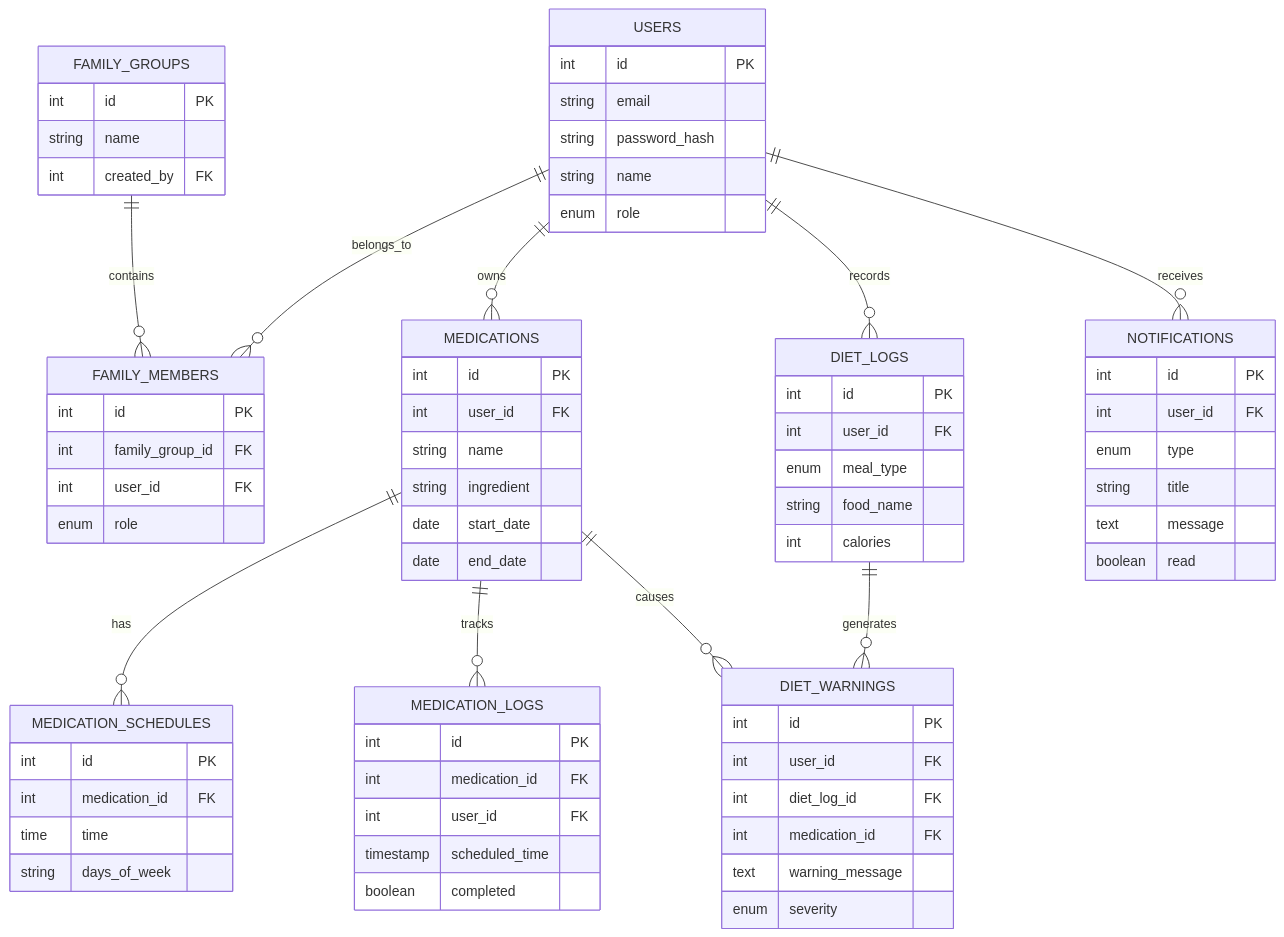
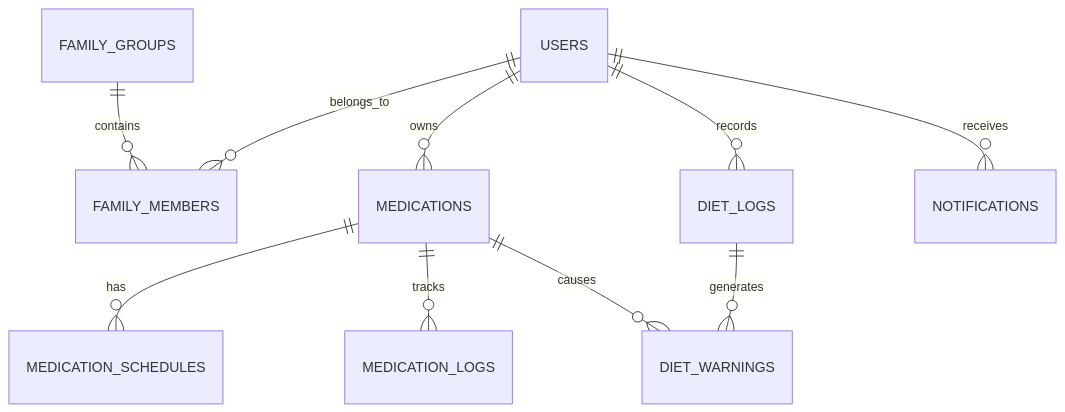
The seventh of 9 diagrams in ARCHITECTURE.md (KOSA2025-FINAL-PROJECT-TEAM3/Front), drawn with Mermaid before and after one commit. The commit also changed other lines of this file and 9 other files, not shown here.

First line of the commit message:
fix: Split Mermaid diagrams into separate files

````diff
--- a/ARCHITECTURE.md
+++ b/ARCHITECTURE.md
@@ -280,75 +366,4 @@
     DIET_LOGS ||--o{ DIET_WARNINGS : generates
     MEDICATIONS ||--o{ DIET_WARNINGS : causes
     USERS ||--o{ NOTIFICATIONS : receives
-
-    USERS {
-        int id PK
-        string email
-        string password_hash
-        string name
-        enum role
-    }
-
-    FAMILY_GROUPS {
-        int id PK
-        string name
-        int created_by FK
-    }
-
-    FAMILY_MEMBERS {
-        int id PK
-        int family_group_id FK
-        int user_id FK
-        enum role
-    }
-
-    MEDICATIONS {
-        int id PK
-        int user_id FK
-        string name
-        string ingredient
-        date start_date
-        date end_date
-    }
-
-    MEDICATION_SCHEDULES {
-        int id PK
-        int medication_id FK
-        time time
-        string days_of_week
-    }
-
-    MEDICATION_LOGS {
-        int id PK
-        int medication_id FK
-        int user_id FK
-        timestamp scheduled_time
-        boolean completed
-    }
-
-    DIET_LOGS {
-        int id PK
-        int user_id FK
-        enum meal_type
-        string food_name
-        int calories
-    }
-
-    DIET_WARNINGS {
-        int id PK
-        int user_id FK
-        int diet_log_id FK
-        int medication_id FK
-        text warning_message
-        enum severity
-    }
-
-    NOTIFICATIONS {
-        int id PK
-        int user_id FK
-        enum type
-        string title
-        text message
-        boolean read
-    }
 ```
````
